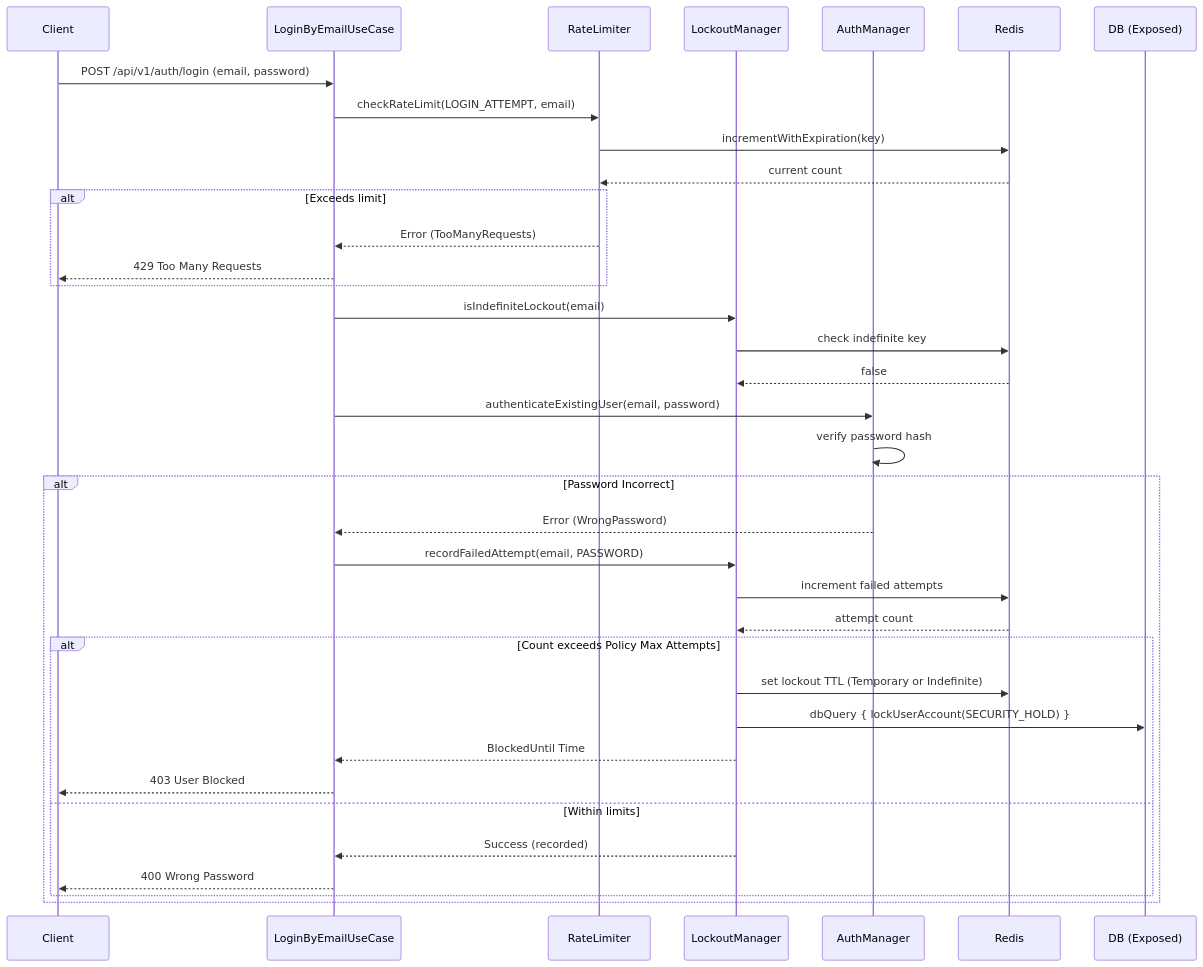
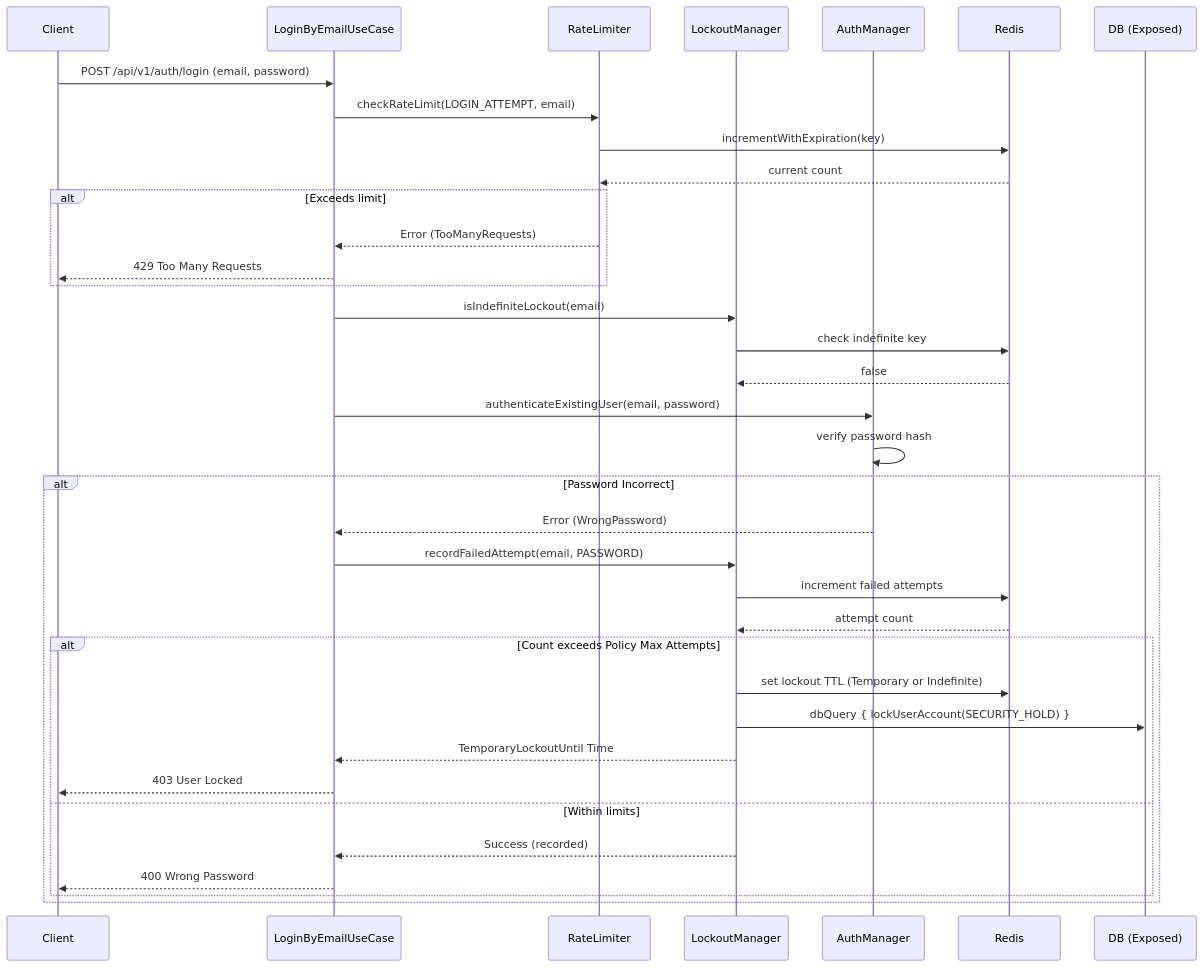
Before and after one commit to mudrichenkoevgeny/backend-platform-sdk: the second of 2 diagrams in docs/architecture/flows/security.md, drawn with Mermaid. The commit also changed 66 other files, not shown here.

Commit message:
feat(user): refactor account lockout and ban handling

````diff
--- a/docs/architecture/flows/security.md
+++ b/docs/architecture/flows/security.md
@@ -47,48 +47,48 @@
 ```mermaid
 sequenceDiagram
     participant Client
     participant Ktor as LoginByEmailUseCase
     participant RateLimiter
     participant Lockout as LockoutManager
     participant AuthManager
     participant Redis
     participant Postgres as DB (Exposed)
 
     Client->>Ktor: POST /api/v1/auth/login (email, password)
     
     %% Rate Limiting Step
     Ktor->>RateLimiter: checkRateLimit(LOGIN_ATTEMPT, email)
     RateLimiter->>Redis: incrementWithExpiration(key)
     Redis-->>RateLimiter: current count
     alt Exceeds limit
         RateLimiter-->>Ktor: Error (TooManyRequests)
         Ktor-->>Client: 429 Too Many Requests
     end
     
     %% Hard Lockout Check
     Ktor->>Lockout: isIndefiniteLockout(email)
     Lockout->>Redis: check indefinite key
     Redis-->>Lockout: false
 
     %% Auth Validation
     Ktor->>AuthManager: authenticateExistingUser(email, password)
     AuthManager->>AuthManager: verify password hash
     
     alt Password Incorrect
         AuthManager-->>Ktor: Error (WrongPassword)
         Ktor->>Lockout: recordFailedAttempt(email, PASSWORD)
         
         Lockout->>Redis: increment failed attempts
         Redis-->>Lockout: attempt count
         
         alt Count exceeds Policy Max Attempts
             Lockout->>Redis: set lockout TTL (Temporary or Indefinite)
             Lockout->>Postgres: dbQuery { lockUserAccount(SECURITY_HOLD) }
-            Lockout-->>Ktor: BlockedUntil Time
-            Ktor-->>Client: 403 User Blocked
+            Lockout-->>Ktor: TemporaryLockoutUntil Time
+            Ktor-->>Client: 403 User Locked
         else Within limits
             Lockout-->>Ktor: Success (recorded)
             Ktor-->>Client: 400 Wrong Password
         end
     end
 ```
````
